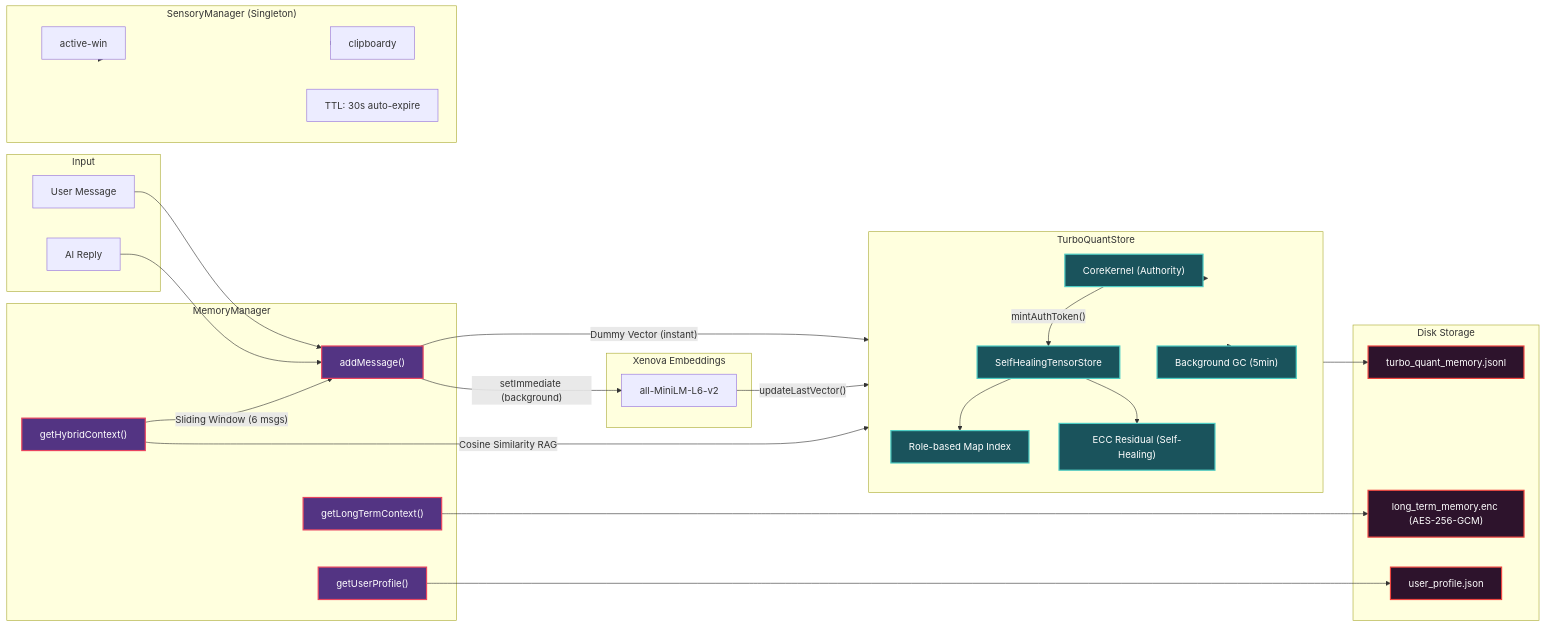
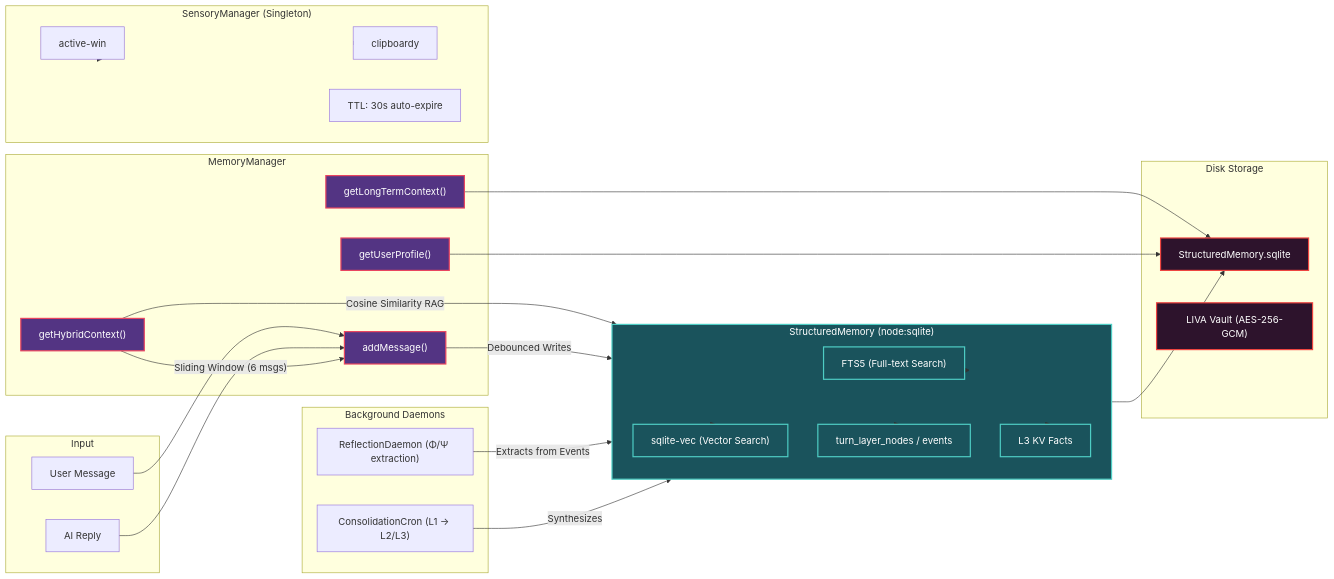
The third of 7 diagrams in docs/codebase_architecture.md (DuongNAD/LIVA), drawn with Mermaid before and after one commit. The commit also changed other lines of this file and 495 other files, not shown here.

````diff
--- a/docs/codebase_architecture.md
+++ b/docs/codebase_architecture.md
@@ -261,68 +242,68 @@
 ```mermaid
 graph LR
     subgraph Input
         UserMsg["User Message"]
         AIReply["AI Reply"]
     end
 
     subgraph MemoryManager ["MemoryManager"]
         AddMsg["addMessage()"]
         HybridCtx["getHybridContext()"]
         LTM["getLongTermContext()"]
         Profile["getUserProfile()"]
     end
 
-    subgraph QuantStore ["TurboQuantStore"]
+    subgraph StructuredMemory ["StructuredMemory (node:sqlite)"]
         direction TB
-        CoreKernelAuth["CoreKernel (Authority)"]
-        TensorEngine["SelfHealingTensorStore"]
-        RoleIndex["Role-based Map Index"]
-        ECC["ECC Residual (Self-Healing)"]
-        GC["Background GC (5min)"]
+        FTS5["FTS5 (Full-text Search)"]
+        SqliteVec["sqlite-vec (Vector Search)"]
+        EventsTable["turn_layer_nodes / events"]
+        KVStore["L3 KV Facts"]
     end
 
-    subgraph Xenova ["Xenova Embeddings"]
-        MiniLM["all-MiniLM-L6-v2"]
+    subgraph BackgroundDaemons ["Background Daemons"]
+        ReflectionDaemon["ReflectionDaemon (Φ/Ψ extraction)"]
+        ConsolidationCron["ConsolidationCron (L1 → L2/L3)"]
     end
 
     subgraph Storage ["Disk Storage"]
-        JSONL["turbo_quant_memory.jsonl"]
-        EncFile["long_term_memory.enc (AES-256-GCM)"]
-        ProfileJSON["user_profile.json"]
+        SQLiteDB["StructuredMemory.sqlite"]
+        EncFile["LIVA Vault (AES-256-GCM)"]
     end
 
     subgraph Sensory ["SensoryManager (Singleton)"]
         ActiveWin["active-win"]
         Clipboard["clipboardy"]
         TTL["TTL: 30s auto-expire"]
     end
 
     UserMsg --> AddMsg
     AIReply --> AddMsg
-    AddMsg -->|"Dummy Vector (instant)"| QuantStore
-    AddMsg -->|"setImmediate (background)"| MiniLM
-    MiniLM -->|"updateLastVector()"| QuantStore
+    AddMsg -->|"Debounced Writes"| StructuredMemory
     
-    QuantStore --> CoreKernelAuth
-    CoreKernelAuth -->|"mintAuthToken()"| TensorEngine
-    TensorEngine --> RoleIndex
-    TensorEngine --> ECC
-    QuantStore --> GC
-    QuantStore --> JSONL
+    StructuredMemory --> FTS5
+    StructuredMemory --> SqliteVec
+    StructuredMemory --> EventsTable
+    StructuredMemory --> KVStore
 
     HybridCtx -->|"Sliding Window (6 msgs)"| AddMsg
-    HybridCtx -->|"Cosine Similarity RAG"| QuantStore
-    LTM --> EncFile
-    Profile --> ProfileJSON
+    HybridCtx -->|"Cosine Similarity RAG"| SqliteVec
+    LTM --> SQLiteDB
+    Profile --> SQLiteDB
+
+    ReflectionDaemon -->|"Extracts from Events"| StructuredMemory
+    ConsolidationCron -->|"Synthesizes"| StructuredMemory
+
+    StructuredMemory --> SQLiteDB
 
     Sensory --> ActiveWin
     Sensory --> Clipboard
 
     classDef mem fill:#533483,stroke:#e94560,stroke-width:2px,color:#fff
     classDef store fill:#1a535c,stroke:#4ecdc4,stroke-width:2px,color:#fff
     classDef disk fill:#2d132c,stroke:#ee4540,stroke-width:2px,color:#fff
 
     class AddMsg,HybridCtx,LTM,Profile mem
-    class CoreKernelAuth,TensorEngine,RoleIndex,ECC,GC store
-    class JSONL,EncFile,ProfileJSON disk
+    class StructuredMemory,FTS5,SqliteVec,EventsTable,KVStore store
+    class SQLiteDB,EncFile disk
 ```
````
